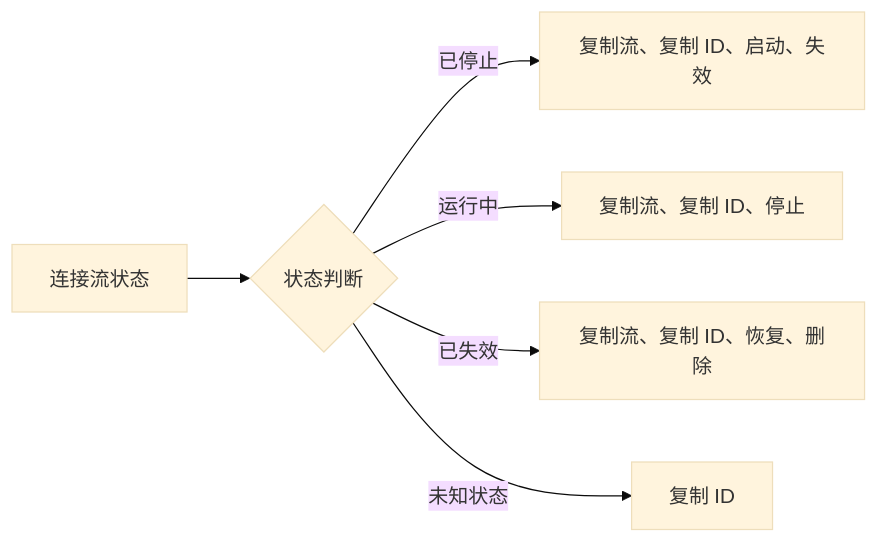
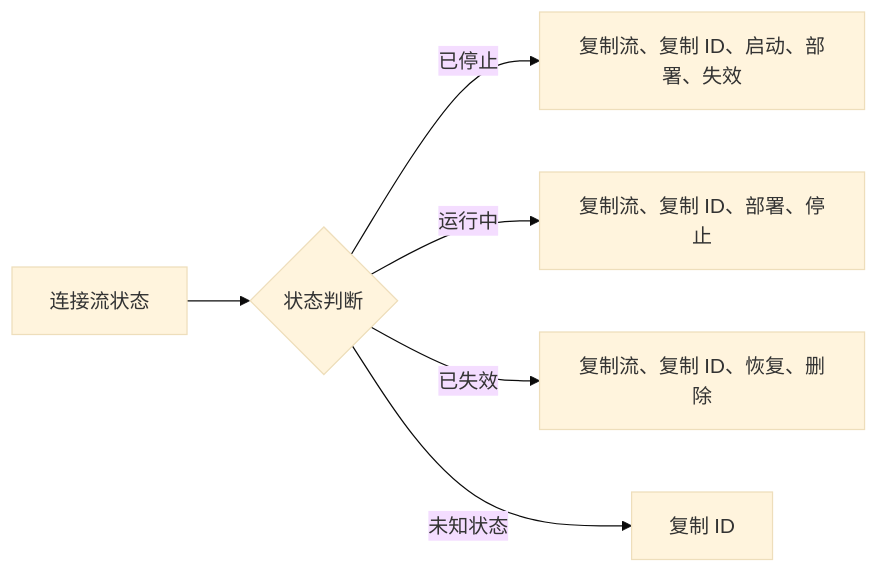
One commit to THZSummer/open-app changed the second of 5 diagrams in front/doc/2026年6月文档/连接流列表需求设计说明书.md. Above: the diagram before and after it, drawn with Mermaid (base theme). The commit also changed other lines of this file and 3 other files, not shown here.

````diff
--- a/front/doc/2026年6月文档/连接流列表需求设计说明书.md
+++ b/front/doc/2026年6月文档/连接流列表需求设计说明书.md
@@ -198,8 +214,8 @@
 ```mermaid
 flowchart LR
     A[连接流状态] --> B{状态判断}
-    B -->|已停止| C[复制流、复制 ID、启动、失效]
-    B -->|运行中| D[复制流、复制 ID、停止]
+    B -->|已停止| C[复制流、复制 ID、启动、部署、失效]
+    B -->|运行中| D[复制流、复制 ID、部署、停止]
     B -->|已失效| E[复制流、复制 ID、恢复、删除]
     B -->|未知状态| F[复制 ID]
 ```
````
